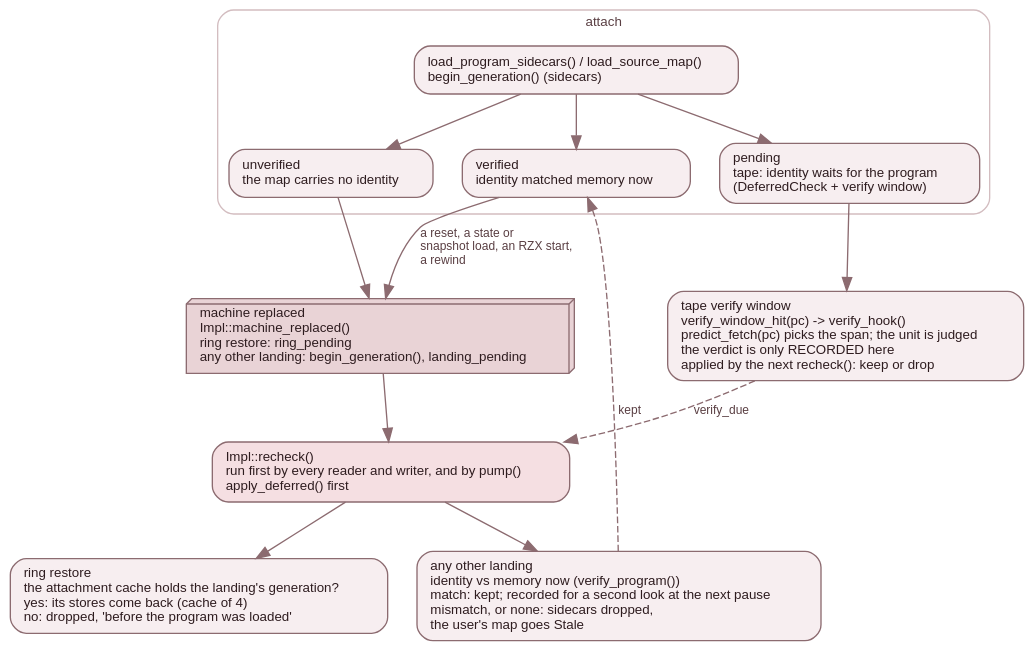
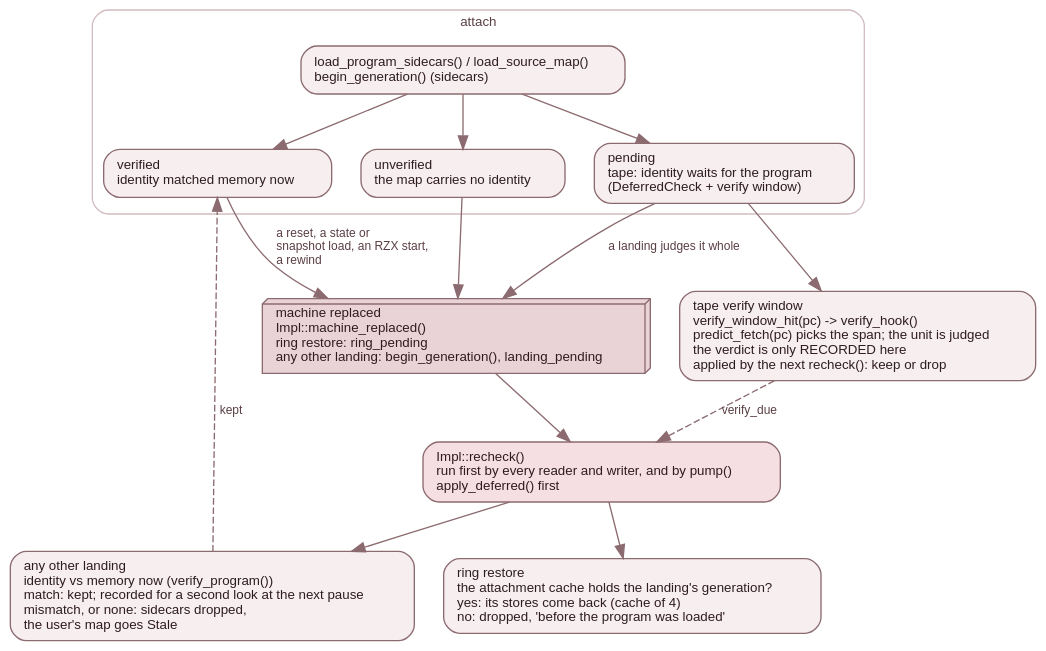
The diagram in src/doc/developer-guide/diagrams/srcdbg-lifetime.dot (jorgegv/jnext), drawn with Graphviz before and after one commit. The commit also changed 17 other files, not shown here.

```diff
--- a/src/doc/developer-guide/diagrams/srcdbg-lifetime.dot
+++ b/src/doc/developer-guide/diagrams/srcdbg-lifetime.dot
@@ -1,51 +1,52 @@
 // The life of an attachment: chapter 7.6.
 //
 // Rendered by `make docs-devguide-diagrams` into ../img/srcdbg-lifetime.svg,
 // which is COMMITTED. Edit this file, never the SVG.
 //
 // A state graph of what happens to the stores when the machine is replaced.
 // Top: how a map is attached (verified, pending for a tape, or unverified).
 // Middle: a landing marks the generation; recheck() judges it, run first by
 // every reader and writer. Bottom: the three outcomes, and the tape verify
 // window.
 //
 // Palette: the page theme's pastel dark red family (see css/theme.css), as the
 // other figures. Light fills, dark labels, transparent canvas.
 digraph srcdbg_lifetime {
     bgcolor="transparent";
     rankdir=TB;
     fontname="Helvetica";
     ranksep=0.5;
     nodesep=0.3;
     node [shape=box, style="filled,rounded", fontname="Helvetica", fontsize=10,
           fillcolor="#f7eef0", color="#8c6b70", fontcolor="#2e1c1f", margin="0.14,0.08"];
     edge [color="#8c6b70", fontname="Helvetica", fontsize=9, fontcolor="#5a3f43"];
 
     subgraph cluster_attach {
         label="attach";
         fontname="Helvetica"; fontsize=10; fontcolor="#5a3f43";
         color="#d3bdc0"; style="rounded";
         a0 [label="load_program_sidecars() / load_source_map()\lbegin_generation() (sidecars)\l"];
         a1 [label="verified\lidentity matched memory now\l"];
         a2 [label="pending\ltape: identity waits for the program\l(DeferredCheck + verify window)\l"];
         a3 [label="unverified\lthe map carries no identity\l"];
         a0 -> a1; a0 -> a2; a0 -> a3;
     }
 
     land [label="machine replaced\lImpl::machine_replaced()\lring restore: ring_pending\lany other landing: begin_generation(), landing_pending\l", shape=box3d, style="filled", fillcolor="#e9d3d6"];
 
     rc [label="Impl::recheck()\lrun first by every reader and writer, and by pump()\lapply_deferred() first\l", fillcolor="#f5dfe2"];
 
     r1 [label="ring restore\lthe attachment cache holds the landing's generation?\lyes: its stores come back (cache of 4)\lno: dropped, 'before the program was loaded'\l"];
     r2 [label="any other landing\lidentity vs memory now (verify_program())\lmatch: kept; recorded for a second look at the next pause\lmismatch, or none: sidecars dropped,\l the user's map goes Stale\l"];
     r3 [label="tape verify window\lverify_window_hit(pc) -> verify_hook()\lpredict_fetch(pc) picks the span; the unit is judged\lthe verdict is only RECORDED here\lapplied by the next recheck(): keep or drop\l"];
 
     a1 -> land [label=" a reset, a state or\l snapshot load, an RZX start,\l a rewind\l"];
     a3 -> land;
     a2 -> r3;
+    a2 -> land [label=" a landing judges it whole\l"];
     land -> rc;
     rc -> r1;
     rc -> r2;
     r3 -> rc [style=dashed, label=" verify_due\l"];
     r2 -> a1 [style=dashed, label=" kept"];
 }
```
